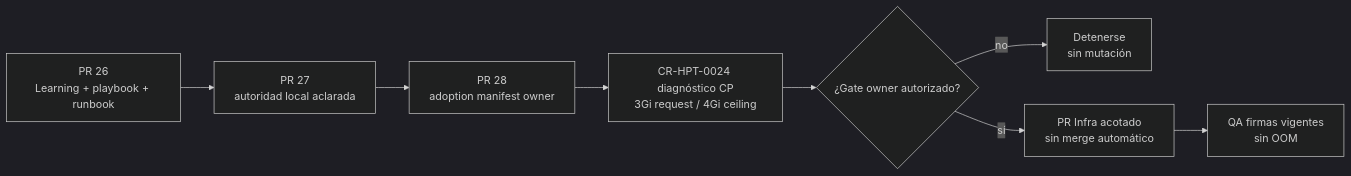
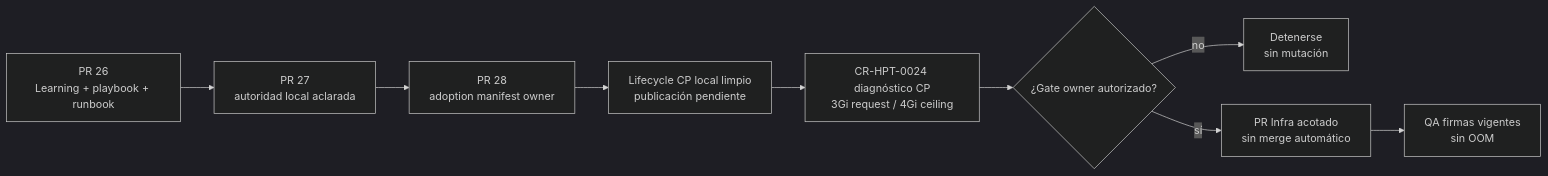
The diagram in evidence/requests/CR-HPT-0024/clamav-memory-diagnosis-and-ceiling-2026-09-05.md (afpogo/4uentes-ards-control-plane), drawn with Mermaid (dark theme) before and after one commit. The commit also changed other lines of this file and 1 other file, not shown here.

Commit message:
docs(CR-HPT-0024): expose adoption publication gap

````diff
--- a/evidence/requests/CR-HPT-0024/clamav-memory-diagnosis-and-ceiling-2026-09-05.md
+++ b/evidence/requests/CR-HPT-0024/clamav-memory-diagnosis-and-ceiling-2026-09-05.md
@@ -84,10 +87,11 @@
 ```mermaid
 flowchart LR
     A["PR 26<br/>Learning + playbook + runbook"] --> B["PR 27<br/>autoridad local aclarada"]
     B --> C["PR 28<br/>adoption manifest owner"]
-    C --> D["CR-HPT-0024 diagnóstico CP<br/>3Gi request / 4Gi ceiling"]
+    C --> L["Lifecycle CP local limpio<br/>publicación pendiente"]
+    L --> D["CR-HPT-0024 diagnóstico CP<br/>3Gi request / 4Gi ceiling"]
     D --> E{"¿Gate owner autorizado?"}
     E -->|"no"| S["Detenerse<br/>sin mutación"]
     E -->|"sí"| P["PR Infra acotado<br/>sin merge automático"]
     P --> Q["QA firmas vigentes<br/>sin OOM"]
 ```
````
